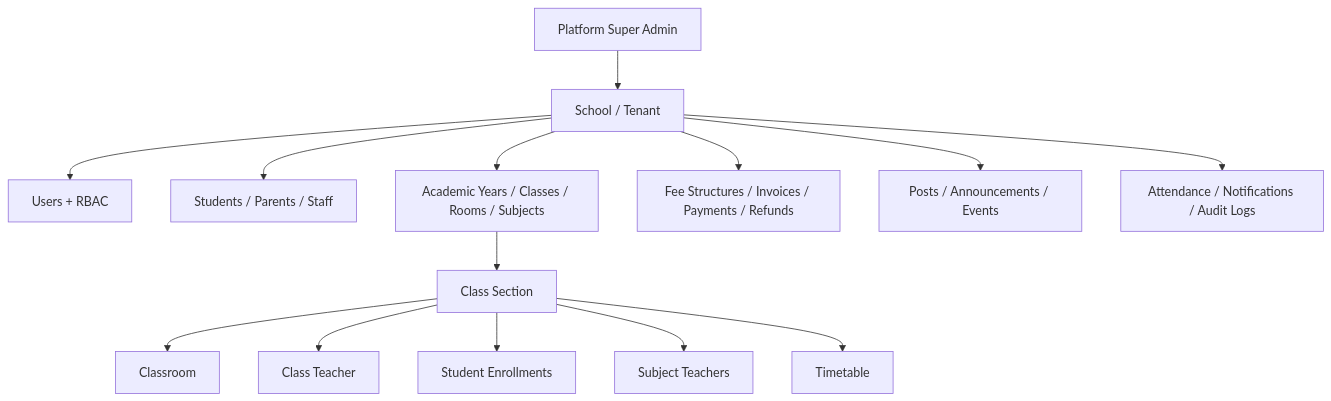
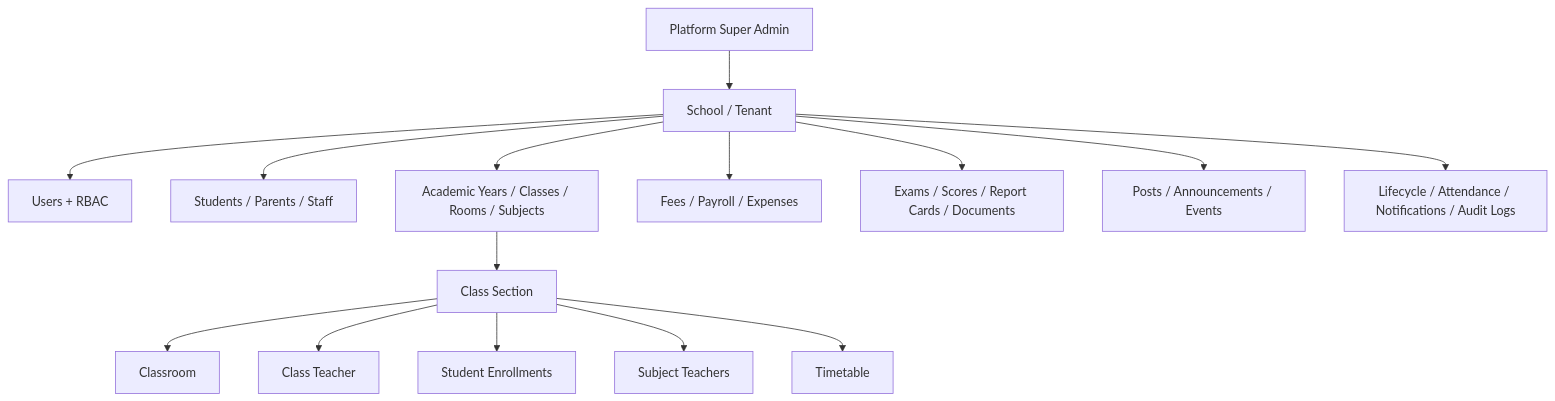
The first of 2 diagrams in docs/ARCHITECTURE.md (MridulJain0771/CampusOS), drawn with Mermaid before and after one commit. The commit also changed other lines of this file, not shown here.

Commit message:
docs: document lifecycle reports payroll and expenses

````diff
--- a/docs/ARCHITECTURE.md
+++ b/docs/ARCHITECTURE.md
@@ -7,17 +7,18 @@
 ```mermaid
 flowchart TD
     Platform[Platform Super Admin] --> School[School / Tenant]
     School --> Users[Users + RBAC]
     School --> People[Students / Parents / Staff]
     School --> Academics[Academic Years / Classes / Rooms / Subjects]
-    School --> Finance[Fee Structures / Invoices / Payments / Refunds]
+    School --> Finance[Fees / Payroll / Expenses]
+    School --> Reports[Exams / Scores / Report Cards / Documents]
     School --> Community[Posts / Announcements / Events]
-    School --> Ops[Attendance / Notifications / Audit Logs]
+    School --> Ops[Lifecycle / Attendance / Notifications / Audit Logs]
 
     Academics --> Section[Class Section]
     Section --> Room[Classroom]
     Section --> Teacher[Class Teacher]
     Section --> Enrollment[Student Enrollments]
     Section --> Subject[Subject Teachers]
     Section --> Timetable[Timetable]
 ```
````
